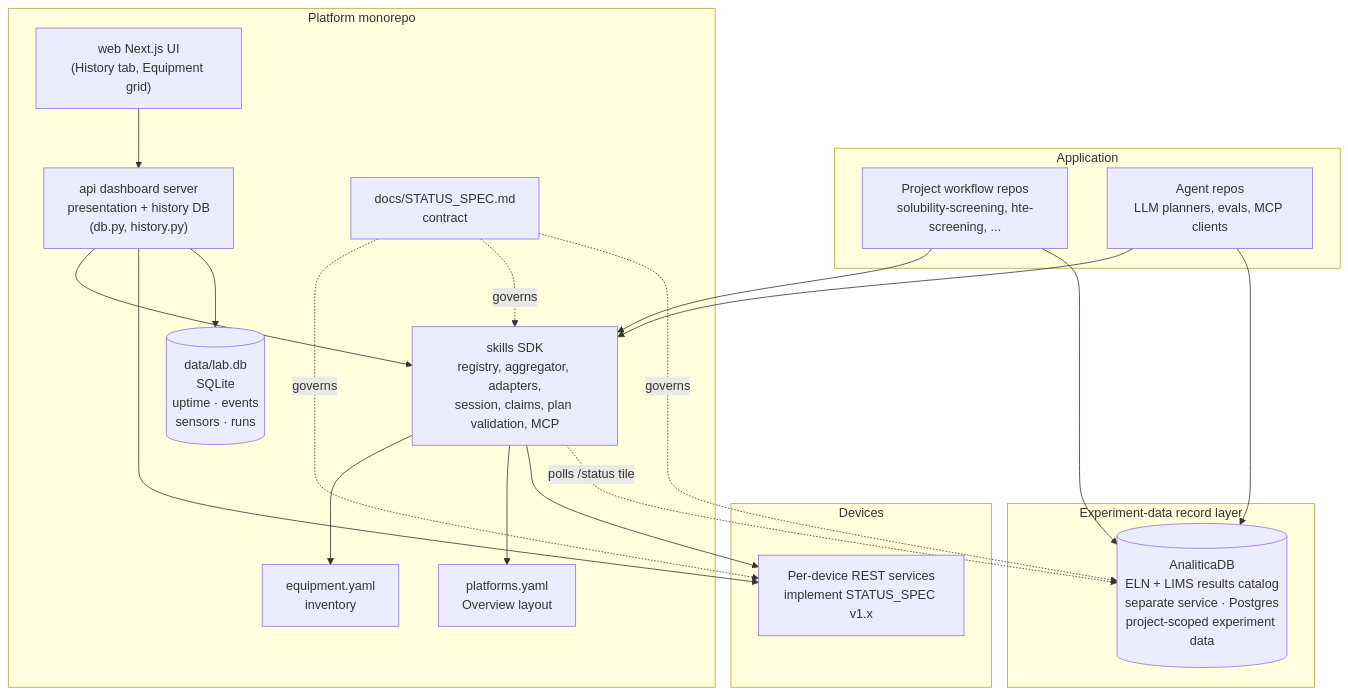
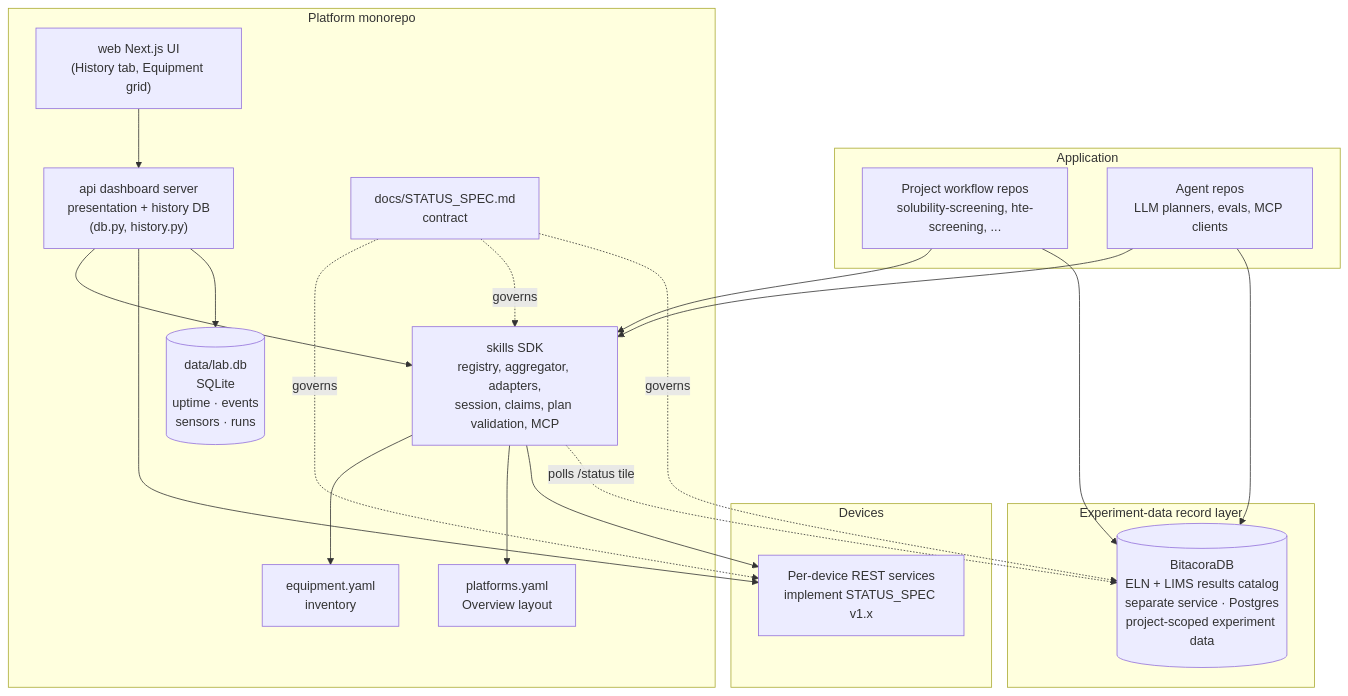
One commit to AccelerationConsortium/ac-organic-lab changed the diagram in docs/ARCHITECTURE.md. Above: the diagram before and after it, drawn with Mermaid. The commit also changed other lines of this file and 37 other files, not shown here.

````diff
--- a/docs/ARCHITECTURE.md
+++ b/docs/ARCHITECTURE.md
@@ -29,41 +29,41 @@
 ```mermaid
 graph TB
     subgraph applayer [Application]
       proj["Project workflow repos<br/>solubility-screening, hte-screening, ..."]
       agents["Agent repos<br/>LLM planners, evals, MCP clients"]
     end
 
     subgraph platform [Platform monorepo]
       skills["skills SDK<br/>registry, aggregator, adapters,<br/>session, claims, plan validation, MCP"]
       api["api dashboard server<br/>presentation + history DB<br/>(db.py, history.py)"]
       db[("data/lab.db<br/>SQLite<br/>uptime · events<br/>sensors · runs")]
       web["web Next.js UI<br/>(History tab, Equipment grid)"]
       yaml["equipment.yaml<br/>inventory"]
       platforms["platforms.yaml<br/>Overview layout"]
       spec["docs/STATUS_SPEC.md<br/>contract"]
     end
 
     subgraph devicelayer [Devices]
       dev["Per-device REST services<br/>implement STATUS_SPEC v1.x"]
     end
 
     subgraph recordlayer [Experiment-data record layer]
-      analitica[("AnaliticaDB<br/>ELN + LIMS results catalog<br/>separate service · Postgres<br/>project-scoped experiment data")]
+      analitica[("BitacoraDB<br/>ELN + LIMS results catalog<br/>separate service · Postgres<br/>project-scoped experiment data")]
     end
 
     proj --> skills
     agents --> skills
     api --> skills
     web --> api
     skills --> yaml
     skills --> platforms
     skills --> dev
     api --> dev
     api --> db
     proj --> analitica
     agents --> analitica
     skills -.polls /status tile.-> analitica
     spec -.governs.-> dev
     spec -.governs.-> skills
     spec -.governs.-> analitica
 ```
````
